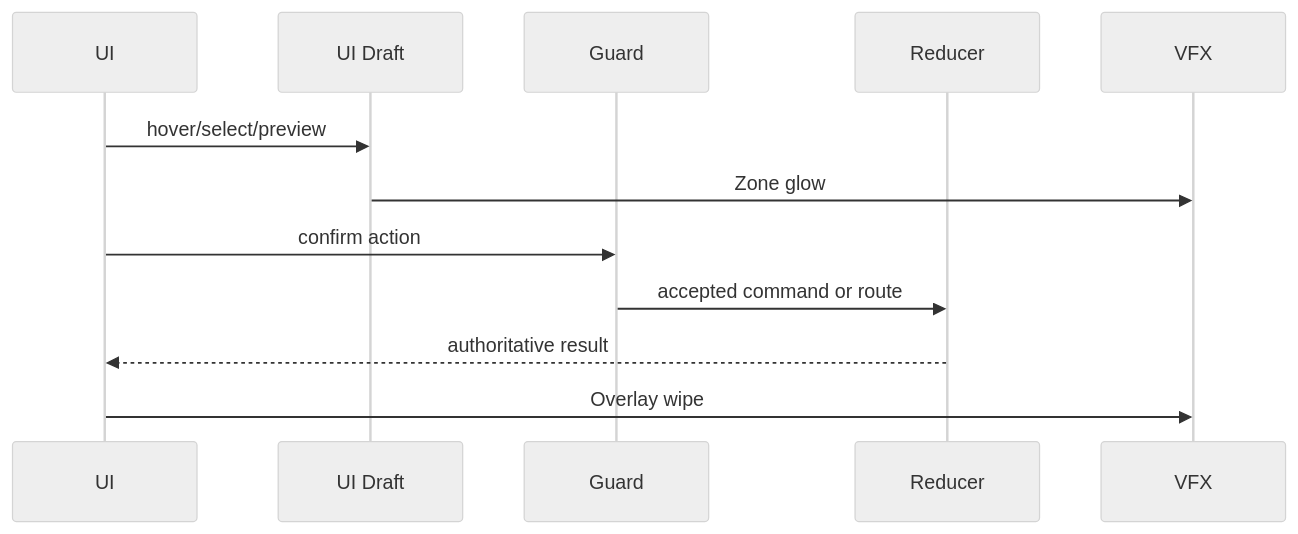
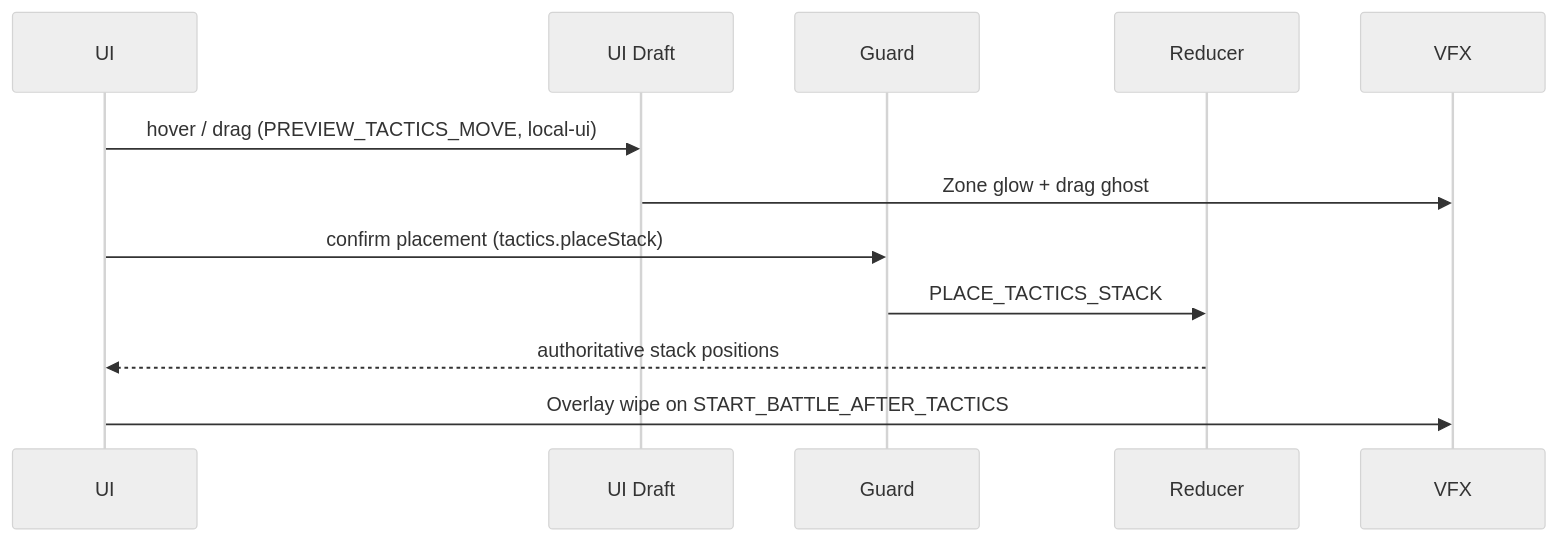
Before and after one commit to SunaNoOshiro/Heroes_Reforged_AI_Realms: the fourth of 5 diagrams in docs/architecture/wiki/screens/45-tactics-phase/architecture.md, drawn with Mermaid (neutral theme). The commit also changed other lines of this file and 518 other files, not shown here.

First line of the commit message:
Add doc-audit skill and sweep architecture/screen docs

````diff
--- a/docs/architecture/wiki/screens/45-tactics-phase/architecture.md
+++ b/docs/architecture/wiki/screens/45-tactics-phase/architecture.md
@@ -54,14 +58,14 @@
 ```mermaid
 sequenceDiagram
   participant UI
   participant Draft as UI Draft
   participant Guard
   participant Reducer
   participant VFX
-  UI->>Draft: hover/select/preview
-  Draft->>VFX: Zone glow
-  UI->>Guard: confirm action
-  Guard->>Reducer: accepted command or route
-  Reducer-->>UI: authoritative result
-  UI->>VFX: Overlay wipe
+  UI->>Draft: hover / drag (PREVIEW_TACTICS_MOVE, local-ui)
+  Draft->>VFX: Zone glow + drag ghost
+  UI->>Guard: confirm placement (tactics.placeStack)
+  Guard->>Reducer: PLACE_TACTICS_STACK
+  Reducer-->>UI: authoritative stack positions
+  UI->>VFX: Overlay wipe on START_BATTLE_AFTER_TACTICS
 ```
````
